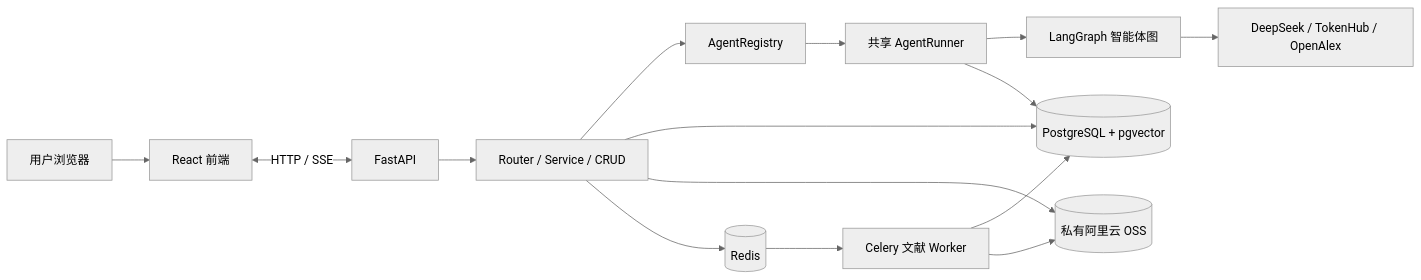
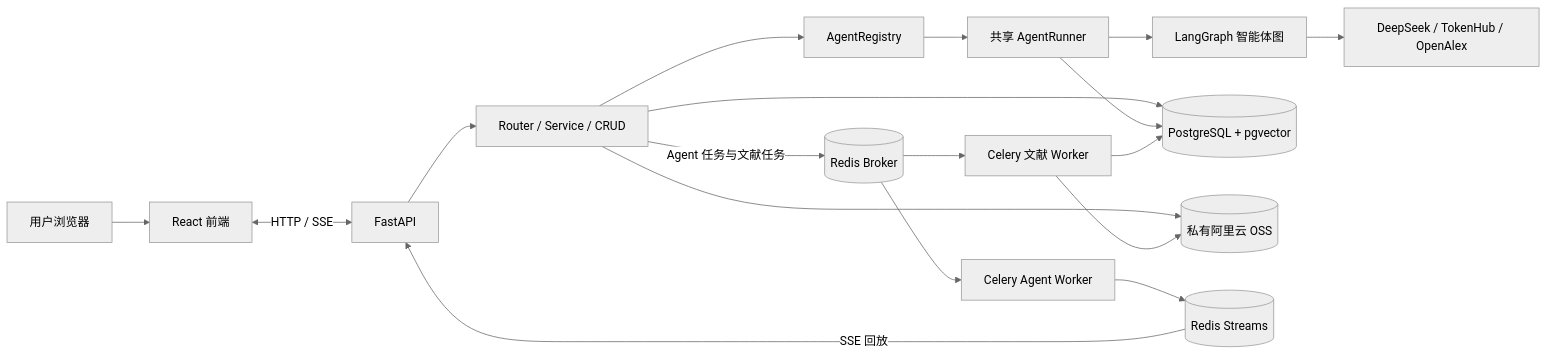
The diagram in README.md (zt20001126/NexusAI), drawn with Mermaid (neutral theme) before and after one commit. The commit also changed other lines of this file and 44 other files, not shown here.

````diff
--- a/README.md
+++ b/README.md
@@ -34,17 +34,20 @@
 ```mermaid
 flowchart LR
     User[用户浏览器] --> Web[React 前端]
     Web <-->|HTTP / SSE| API[FastAPI]
     API --> App[Router / Service / CRUD]
     App --> Registry[AgentRegistry]
     Registry --> Runner[共享 AgentRunner]
     Runner --> Graphs[LangGraph 智能体图]
     Graphs --> Models[DeepSeek / TokenHub / OpenAlex]
     App --> DB[(PostgreSQL + pgvector)]
     Runner --> DB
     App --> OSS[(私有阿里云 OSS)]
-    App --> Queue[(Redis)]
-    Queue --> Worker[Celery 文献 Worker]
-    Worker --> DB
-    Worker --> OSS
+    App -->|Agent 任务与文献任务| Queue[(Redis Broker)]
+    Queue --> AgentWorker[Celery Agent Worker]
+    AgentWorker --> Events[(Redis Streams)]
+    Events -->|SSE 回放| API
+    Queue --> LiteratureWorker[Celery 文献 Worker]
+    LiteratureWorker --> DB
+    LiteratureWorker --> OSS
 ```
````
